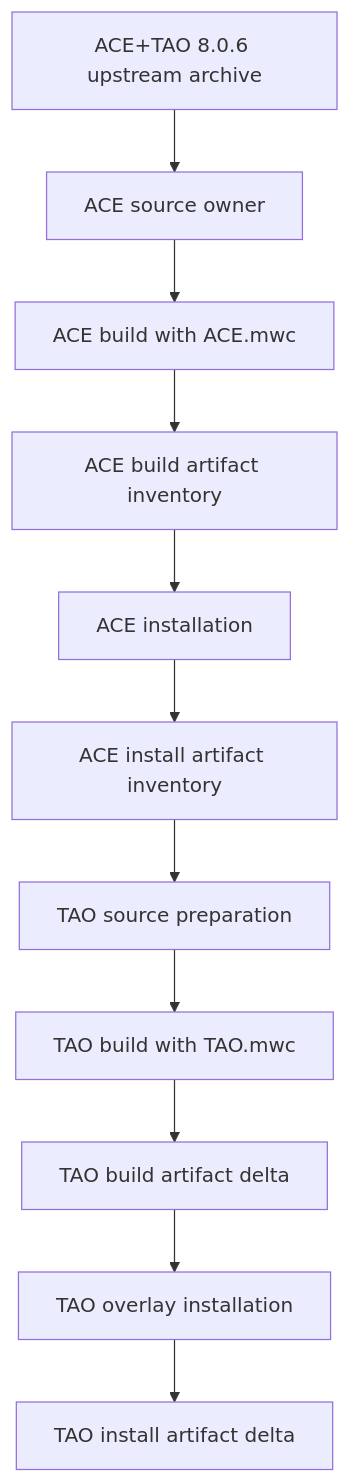
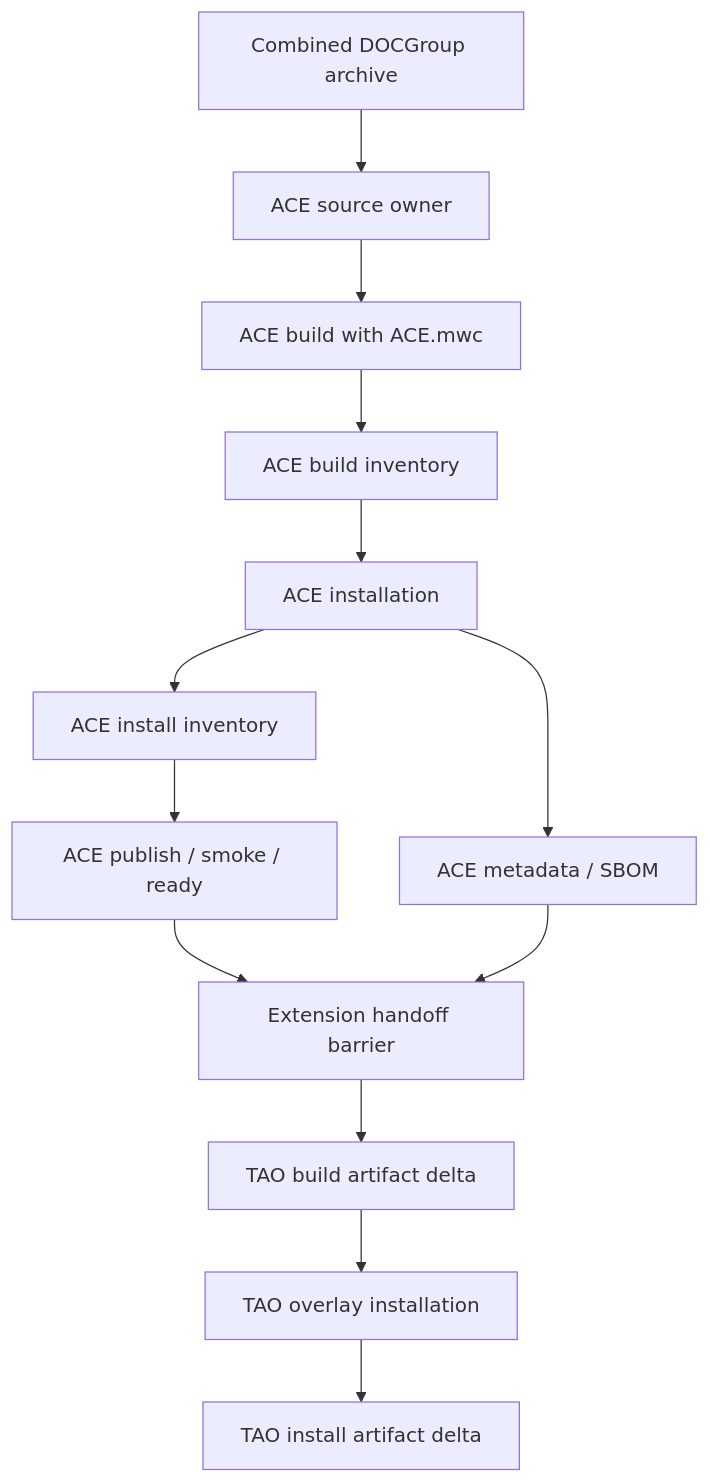
One commit to adeccscholar/BuildEngine-Admin changed the third of 10 diagrams in admin/server-docs/library-extensions.md. Above: the diagram before and after it, drawn with Mermaid. The commit also changed other lines of this file, not shown here.

Commit message:
Align extension docs with producer preparation and handoff barrier

````diff
--- a/admin/server-docs/library-extensions.md
+++ b/admin/server-docs/library-extensions.md
@@ -178,13 +171,15 @@
 ```mermaid
 flowchart TD
-    U[ACE+TAO 8.0.6 upstream archive] --> S[ACE source owner]
-    S --> AB[ACE build with ACE.mwc]
-    AB --> AI[ACE build artifact inventory]
-    AI --> AIN[ACE installation]
-    AIN --> AII[ACE install artifact inventory]
-    AII --> TS[TAO source preparation]
-    TS --> TB[TAO build with TAO.mwc]
-    TB --> TD[TAO build artifact delta]
+    U[Combined DOCGroup archive] --> AS[ACE source owner]
+    AS --> AB[ACE build with ACE.mwc]
+    AB --> ABI[ACE build inventory]
+    ABI --> AI[ACE installation]
+    AI --> AII[ACE install inventory]
+    AII --> AR[ACE publish / smoke / ready]
+    AI --> AM[ACE metadata / SBOM]
+    AR --> H[Extension handoff barrier]
+    AM --> H
+    H --> TD[TAO build artifact delta]
     TD --> TI[TAO overlay installation]
     TI --> TID[TAO install artifact delta]
 ```
````
